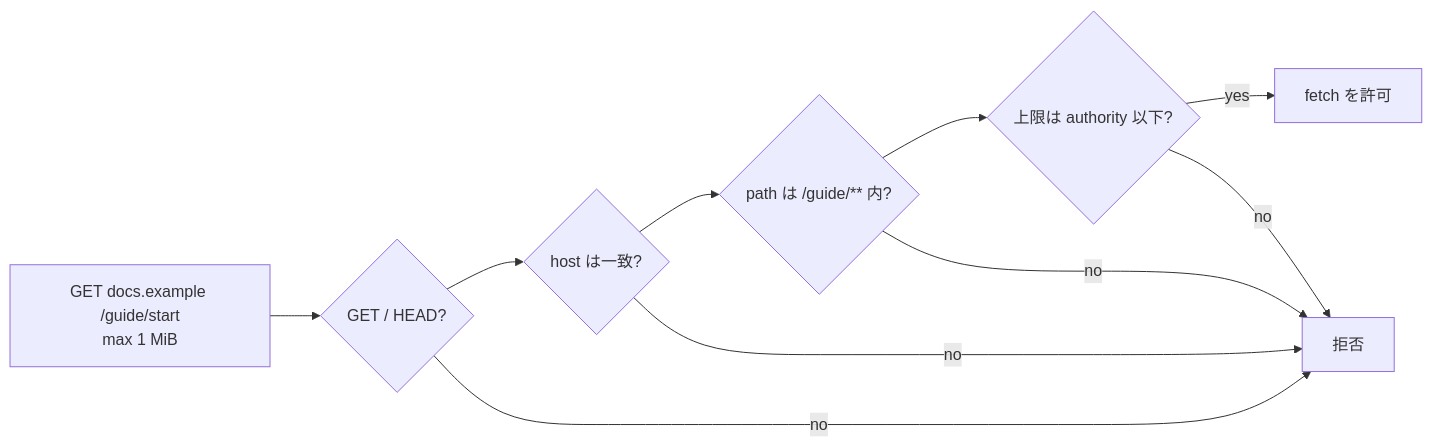
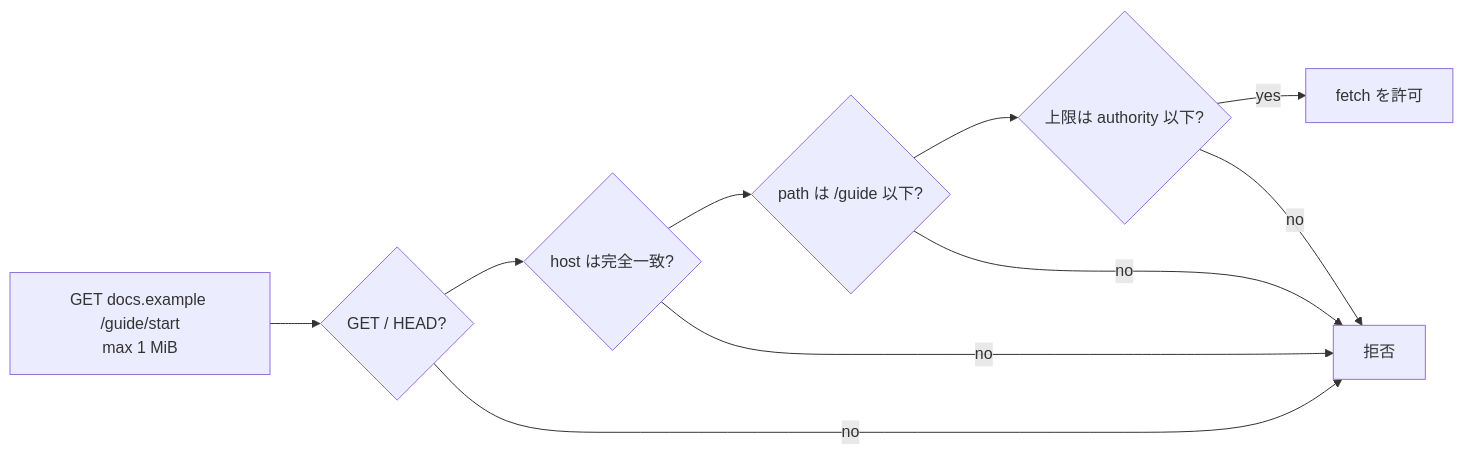
The diagram in docs/authority-core/http-fetch-authorities.md (Aqua-218/SecCamp-AIAgent), drawn with Mermaid before and after one commit. The commit also changed other lines of this file, not shown here.

````diff
--- a/docs/authority-core/http-fetch-authorities.md
+++ b/docs/authority-core/http-fetch-authorities.md
@@ -24,12 +24,12 @@
 ```mermaid
 flowchart LR
     request["GET docs.example /guide/start<br/>max 1 MiB"] --> method{"GET / HEAD?"}
-    method --> host{"host は一致?"}
-    host --> path{"path は /guide/** 内?"}
+    method --> host{"host は完全一致?"}
+    host --> path{"path は /guide 以下?"}
     path --> size{"上限は authority 以下?"}
     size -->|yes| allow["fetch を許可"]
     method -->|no| deny["拒否"]
     host -->|no| deny
     path -->|no| deny
     size -->|no| deny
 ```
````
